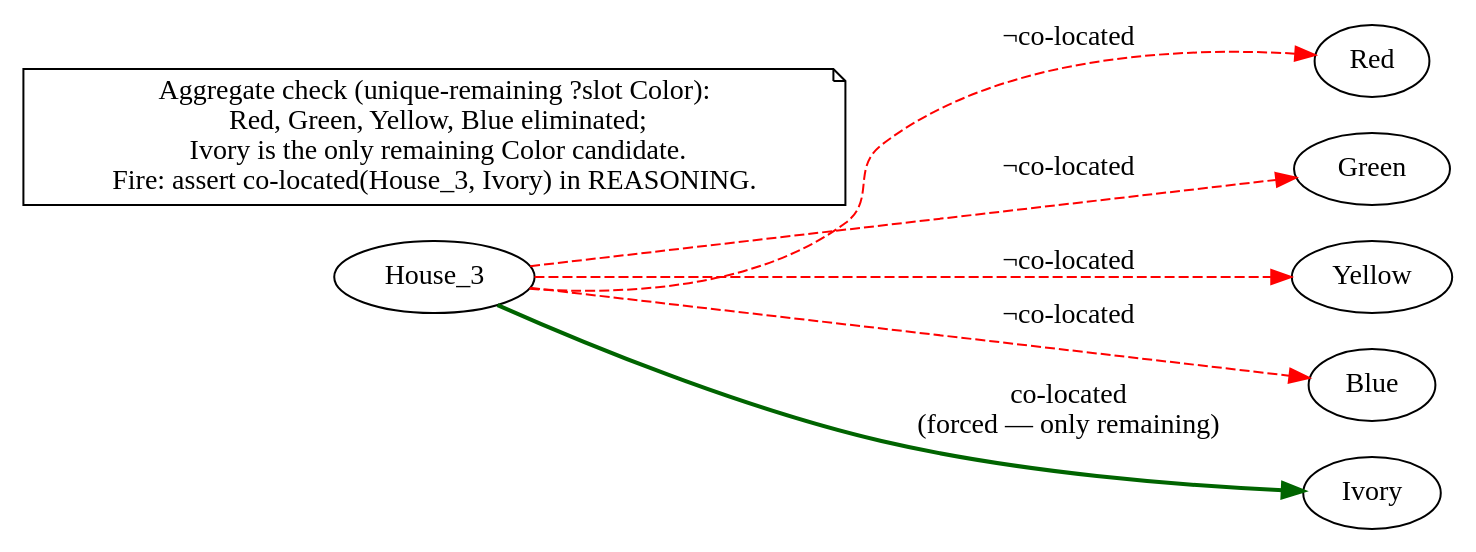
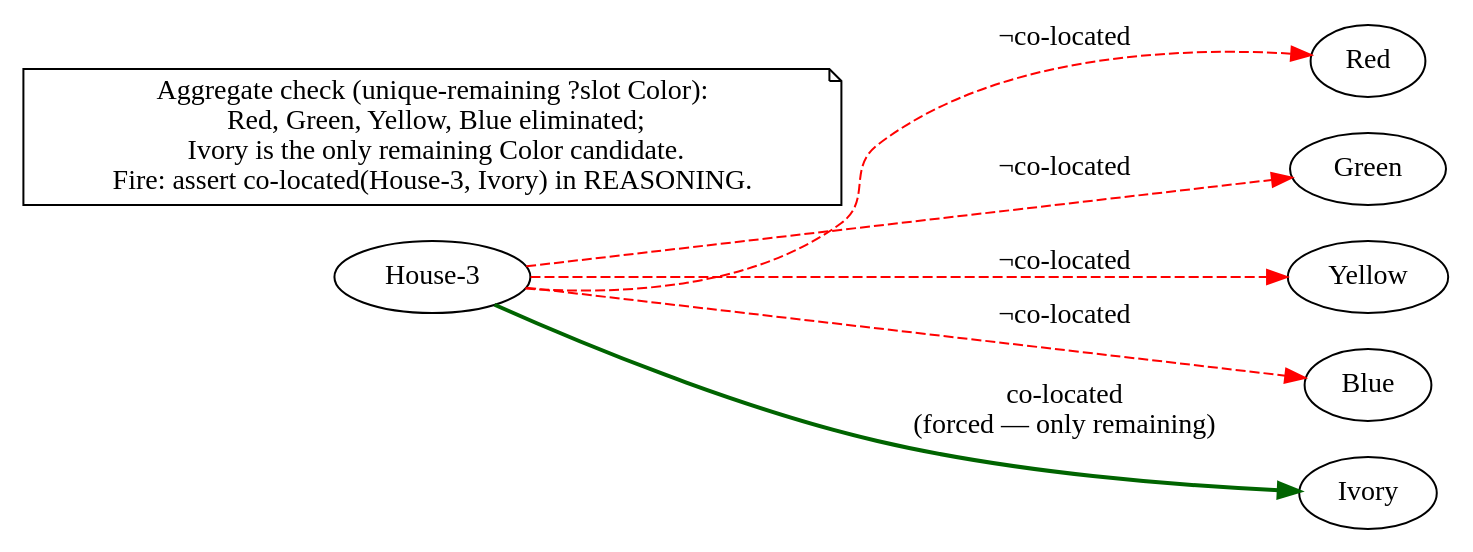
Before and after one commit to agutikov/ein: the fifth of 8 diagrams in docs/kernel/ir/01-ein-graph/02_rules.md, drawn with Graphviz. The commit also changed other lines of this file and 90 other files, not shown here.

````diff
--- a/docs/kernel/ir/01-ein-graph/02_rules.md
+++ b/docs/kernel/ir/01-ein-graph/02_rules.md
@@ -256,19 +256,19 @@
 ```dot
 digraph t3_aggregate {
   rankdir=LR;
-  H3     [shape=ellipse, label="House_3"];
+  H3     [shape=ellipse, label="House-3"];
   Red    [shape=ellipse];
   Green  [shape=ellipse];
   Yellow [shape=ellipse];
   Blue   [shape=ellipse];
   Ivory  [shape=ellipse];
 
   H3 -> Red    [label="¬co-located", color=red, style=dashed];
   H3 -> Green  [label="¬co-located", color=red, style=dashed];
   H3 -> Yellow [label="¬co-located", color=red, style=dashed];
   H3 -> Blue   [label="¬co-located", color=red, style=dashed];
   H3 -> Ivory  [label="co-located\n(forced — only remaining)", color=darkgreen, penwidth=2];
 
-  note [shape=note, label="Aggregate check (unique-remaining ?slot Color):\n  Red, Green, Yellow, Blue eliminated;\n  Ivory is the only remaining Color candidate.\nFire: assert co-located(House_3, Ivory) in REASONING."];
+  note [shape=note, label="Aggregate check (unique-remaining ?slot Color):\n  Red, Green, Yellow, Blue eliminated;\n  Ivory is the only remaining Color candidate.\nFire: assert co-located(House-3, Ivory) in REASONING."];
 }
 ```
````
